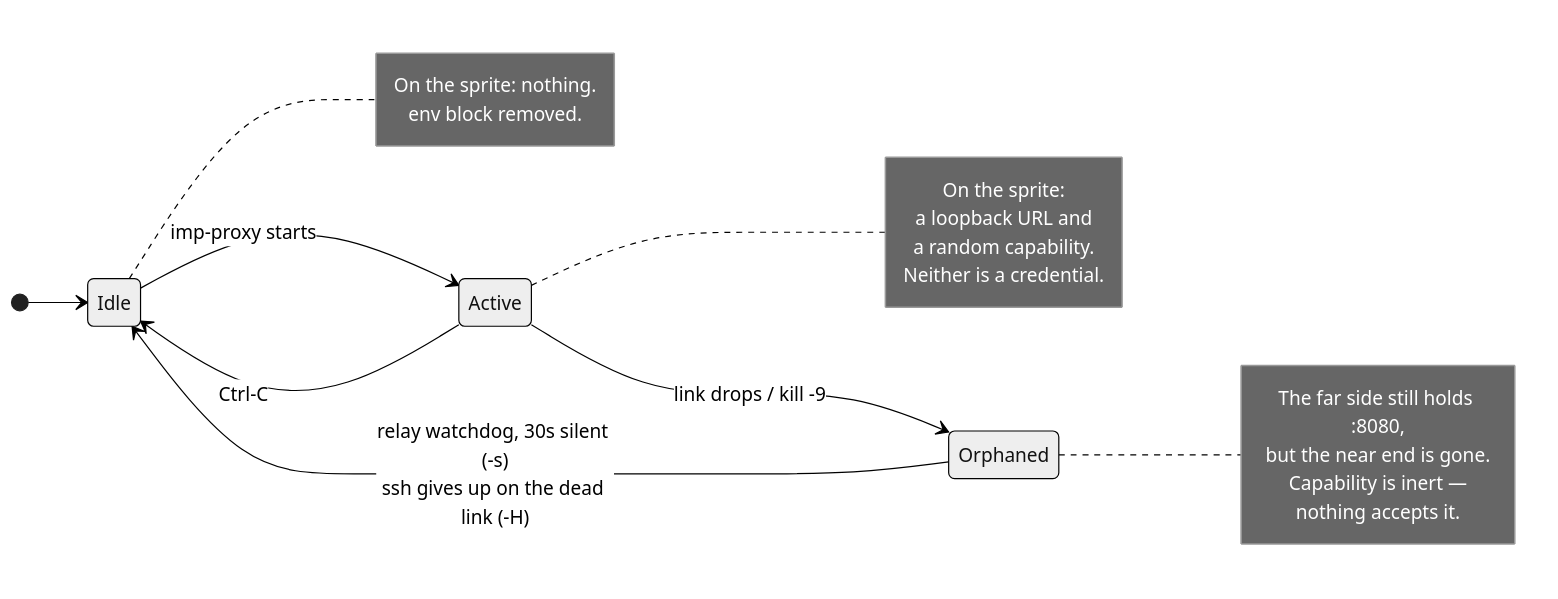
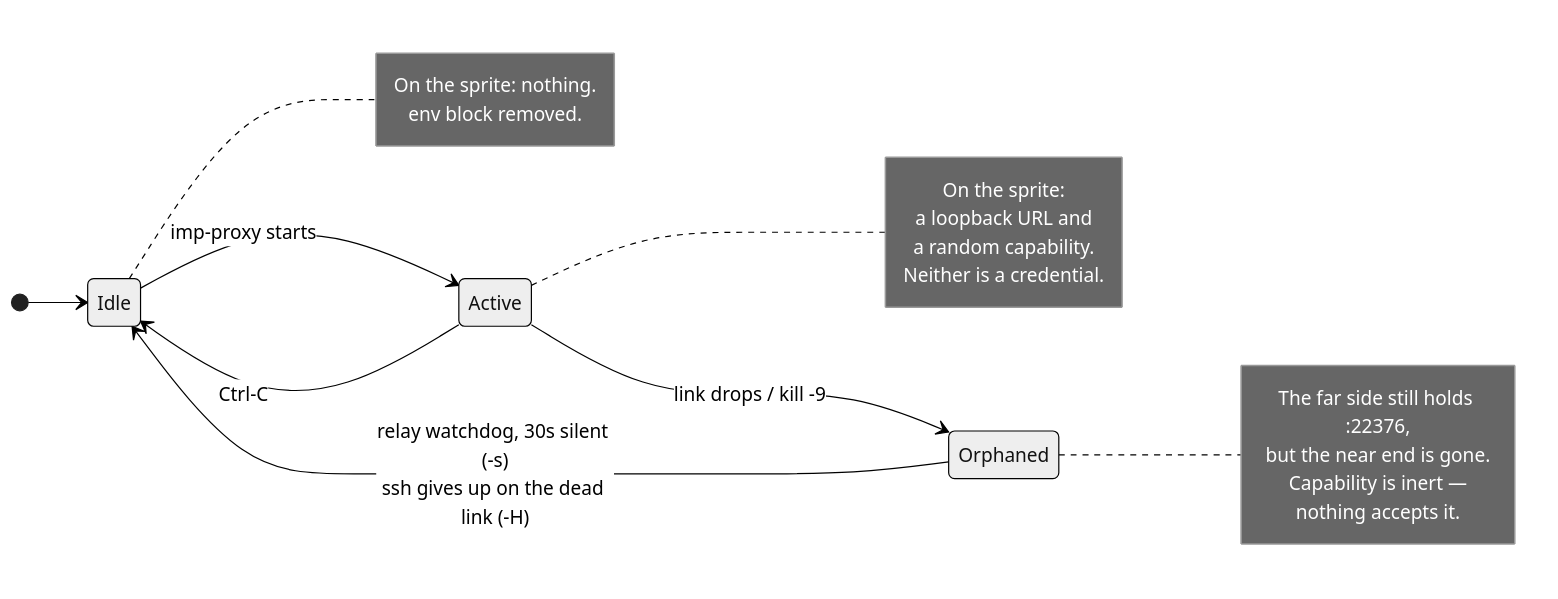
One commit to metcalfc/imp changed the fourth of 5 diagrams in README.md. Above: the diagram before and after it, drawn with Mermaid (neutral theme). The commit also changed other lines of this file and 1 other file, not shown here.

First line of the commit message:
Move the far side off 8080, since it is the first port a dev server takes

````diff
--- a/README.md
+++ b/README.md
@@ -281,30 +288,30 @@
 ```mermaid
 stateDiagram-v2
     direction LR
     [*] --> Idle
 
     Idle --> Active: imp-proxy starts
 
     Active --> Idle: Ctrl-C
     Active --> Orphaned: link drops / kill -9
     Orphaned --> Idle: relay watchdog, 30s silent (-s)<br/>ssh gives up on the dead link (-H)
 
     note right of Idle
         On the sprite: nothing.
         env block removed.
     end note
 
     note right of Active
         On the sprite:
         a loopback URL and
         a random capability.
         Neither is a credential.
     end note
 
     note right of Orphaned
-        The far side still holds :8080,
+        The far side still holds :22376,
         but the near end is gone.
         Capability is inert —
         nothing accepts it.
     end note
 ```
````
